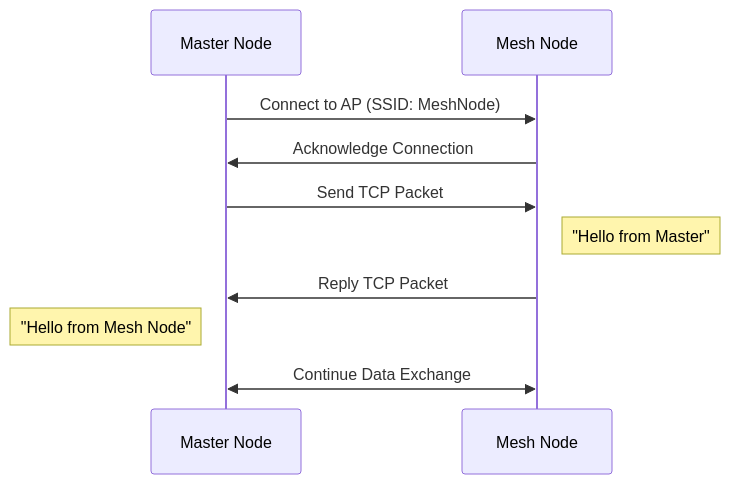
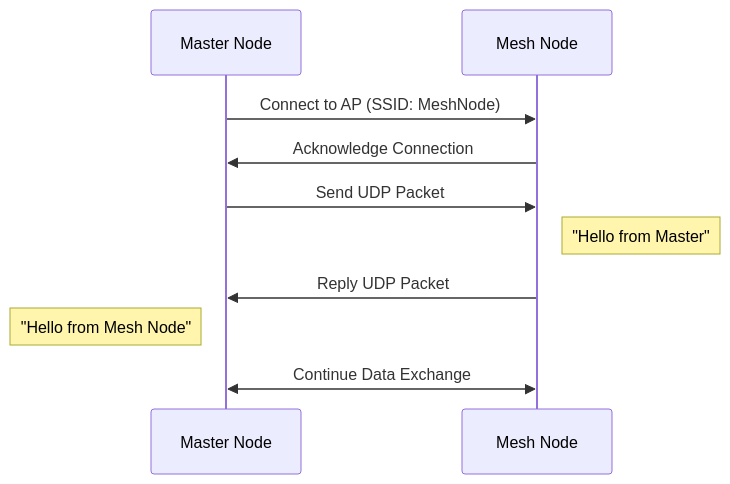
The ninth of 11 diagrams in README.md (Rackhamn/iot_arch_project1), drawn with Mermaid before and after one commit.

Commit message:
Changed Mesh Network Intra-Connection to UDP

````diff
--- a/README.md
+++ b/README.md
@@ -340,16 +340,16 @@
 ```mermaid
 sequenceDiagram
     participant Master_Node as Master Node
     participant Mesh_Node as Mesh Node
 
 %% <p style="color: orange;"><b><i>Redis</i></b></p>
 
     Master_Node ->> Mesh_Node: Connect to AP (SSID: MeshNode)
     Mesh_Node ->> Master_Node: Acknowledge Connection
-    Master_Node ->> Mesh_Node: Send TCP Packet
+    Master_Node ->> Mesh_Node: Send UDP Packet
     Note right of Mesh_Node: "Hello from Master"
-    %% Note right of Mesh_Node: Receive TCP Packet
-    Mesh_Node ->> Master_Node: Reply TCP Packet
+    %% Note right of Mesh_Node: Receive UDP Packet
+    Mesh_Node ->> Master_Node: Reply UDP Packet
     Note left of Master_Node: "Hello from Mesh Node"
     Master_Node <<->> Mesh_Node: Continue Data Exchange
 ```
````
